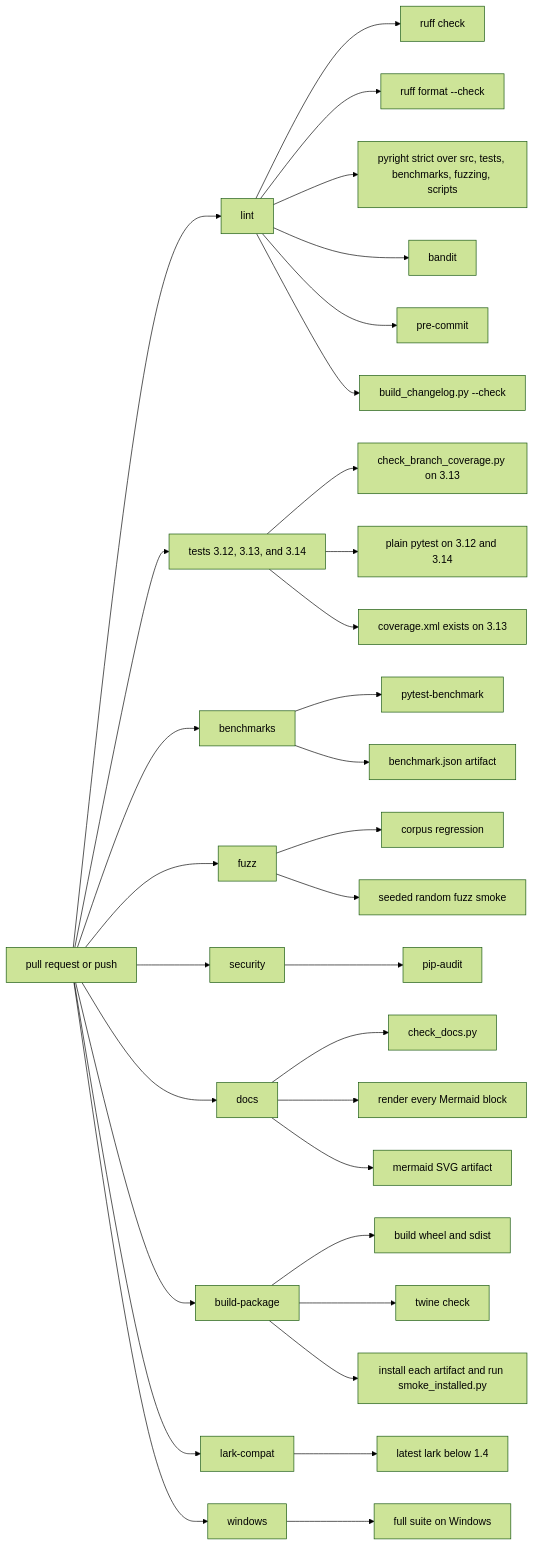
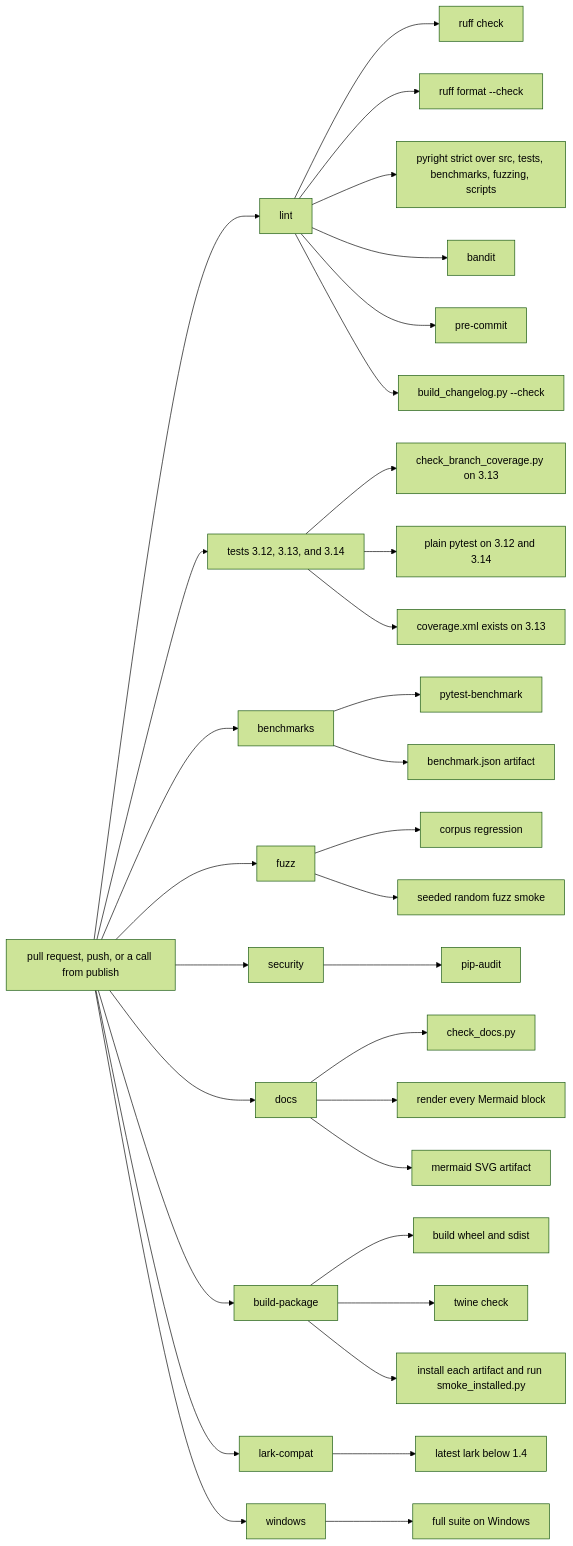
The third of 3 diagrams in docs/testing.md (SorenHJohansen/sattline-parser), drawn with Mermaid (forest theme) before and after one commit. The commit also changed other lines of this file and 50 other files, not shown here.

````diff
--- a/docs/testing.md
+++ b/docs/testing.md
@@ -161,34 +161,34 @@
 ```mermaid
 flowchart LR
-    PR["pull request or push"] --> L["lint"]
+    PR["pull request, push, or a call from publish"] --> L["lint"]
     PR --> T["tests 3.12, 3.13, and 3.14"]
     PR --> B["benchmarks"]
     PR --> F["fuzz"]
     PR --> S["security"]
     PR --> D["docs"]
     PR --> P["build-package"]
     PR --> LC["lark-compat"]
     PR --> W["windows"]
     L --> L1["ruff check"]
     L --> L2["ruff format --check"]
     L --> L3["pyright strict over src, tests, benchmarks, fuzzing, scripts"]
     L --> L4["bandit"]
     L --> L5["pre-commit"]
     L --> L6["build_changelog.py --check"]
     T --> T1["check_branch_coverage.py on 3.13"]
     T --> T2["plain pytest on 3.12 and 3.14"]
     T --> T3["coverage.xml exists on 3.13"]
     B --> B1["pytest-benchmark"]
     B --> B2["benchmark.json artifact"]
     F --> F1["corpus regression"]
     F --> F2["seeded random fuzz smoke"]
     S --> S1["pip-audit"]
     D --> D1["check_docs.py"]
     D --> D2["render every Mermaid block"]
     D --> D3["mermaid SVG artifact"]
     P --> P1["build wheel and sdist"]
     P --> P2["twine check"]
     P --> P3["install each artifact and run smoke_installed.py"]
     LC --> LC1["latest lark below 1.4"]
     W --> W1["full suite on Windows"]
 ```
````
